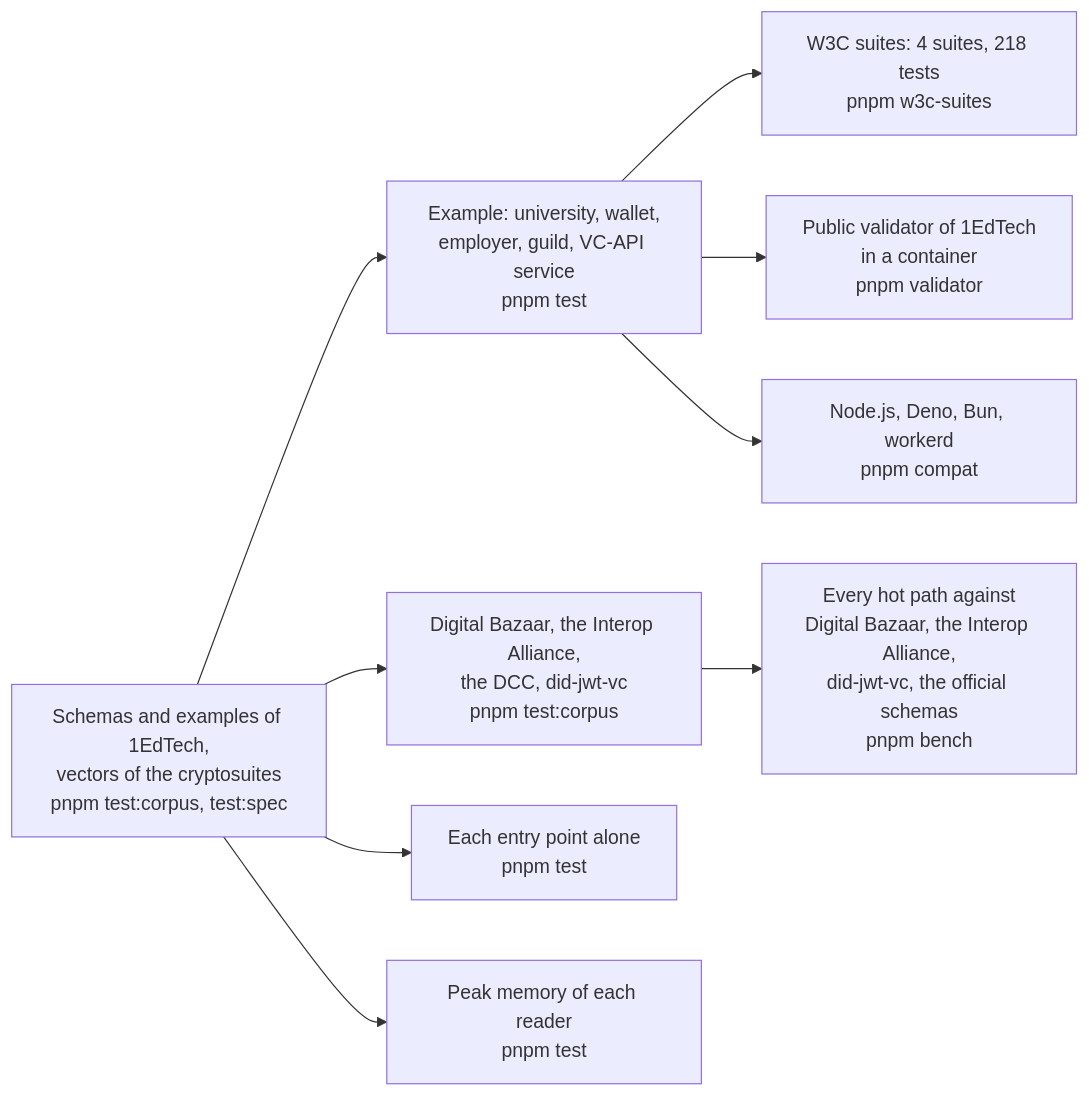
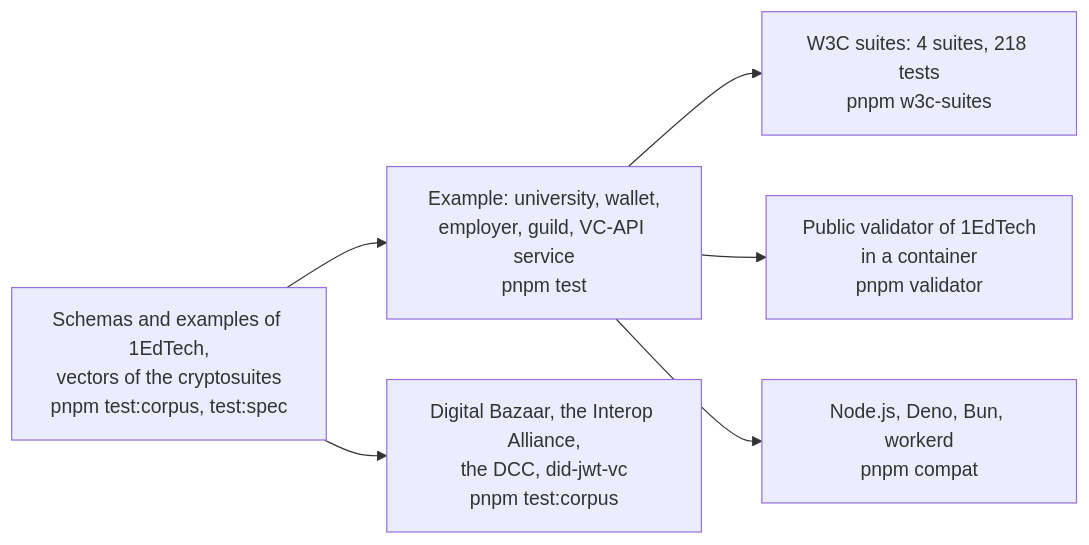
Before and after one commit to interopkit/interopkit: the diagram in docs/achievement-credentials/evidence.md, drawn with Mermaid. The commit also changed other lines of this file and 43 other files, not shown here.

````diff
--- a/docs/achievement-credentials/evidence.md
+++ b/docs/achievement-credentials/evidence.md
@@ -8,11 +8,8 @@
 ```mermaid
 flowchart LR
   schemas["Schemas and examples of 1EdTech,<br/>vectors of the cryptosuites<br/>pnpm test:corpus, test:spec"] --> example["Example: university, wallet,<br/>employer, guild, VC-API service<br/>pnpm test"]
   example --> suites["W3C suites: 4 suites, 218 tests<br/>pnpm w3c-suites"]
   example --> validator["Public validator of 1EdTech<br/>in a container<br/>pnpm validator"]
   schemas --> counterparties["Digital Bazaar, the Interop Alliance,<br/>the DCC, did-jwt-vc<br/>pnpm test:corpus"]
   example --> runtimes["Node.js, Deno, Bun, workerd<br/>pnpm compat"]
-  counterparties --> speed["Every hot path against<br/>Digital Bazaar, the Interop Alliance,<br/>did-jwt-vc, the official schemas<br/>pnpm bench"]
-  schemas --> size["Each entry point alone<br/>pnpm test"]
-  schemas --> memory["Peak memory of each reader<br/>pnpm test"]
 ```
````
